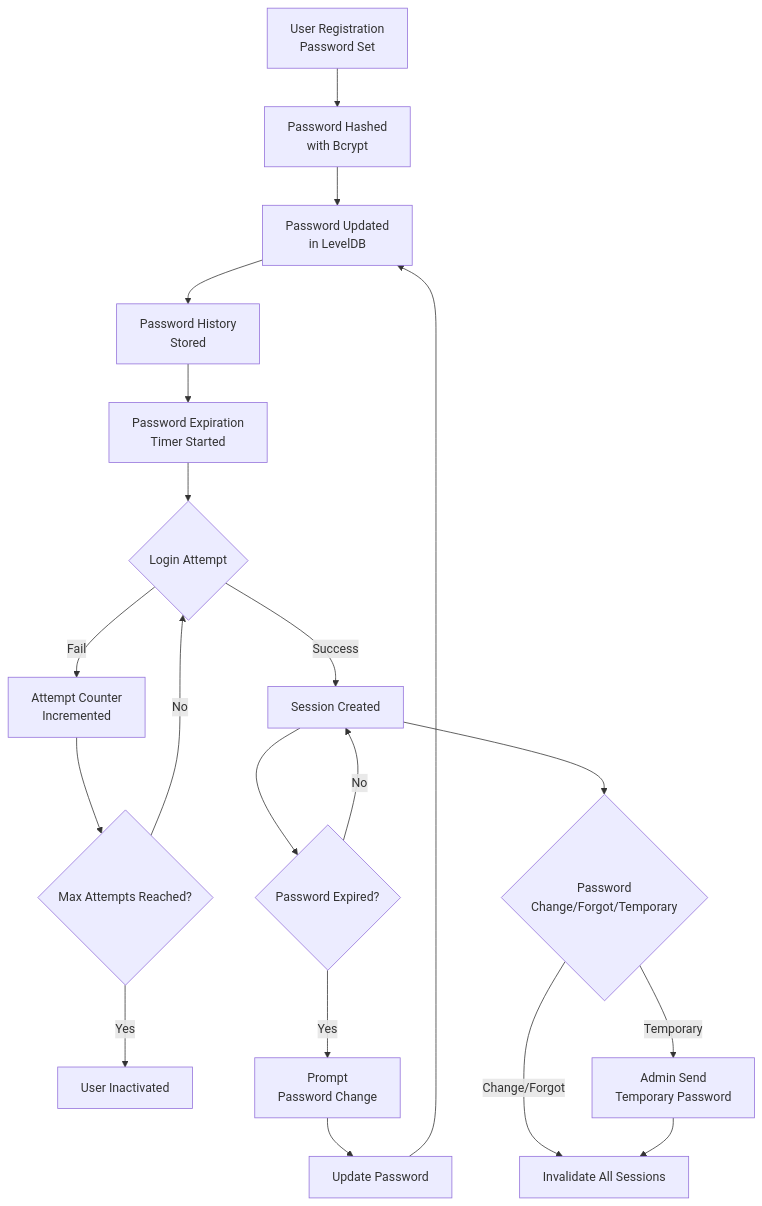
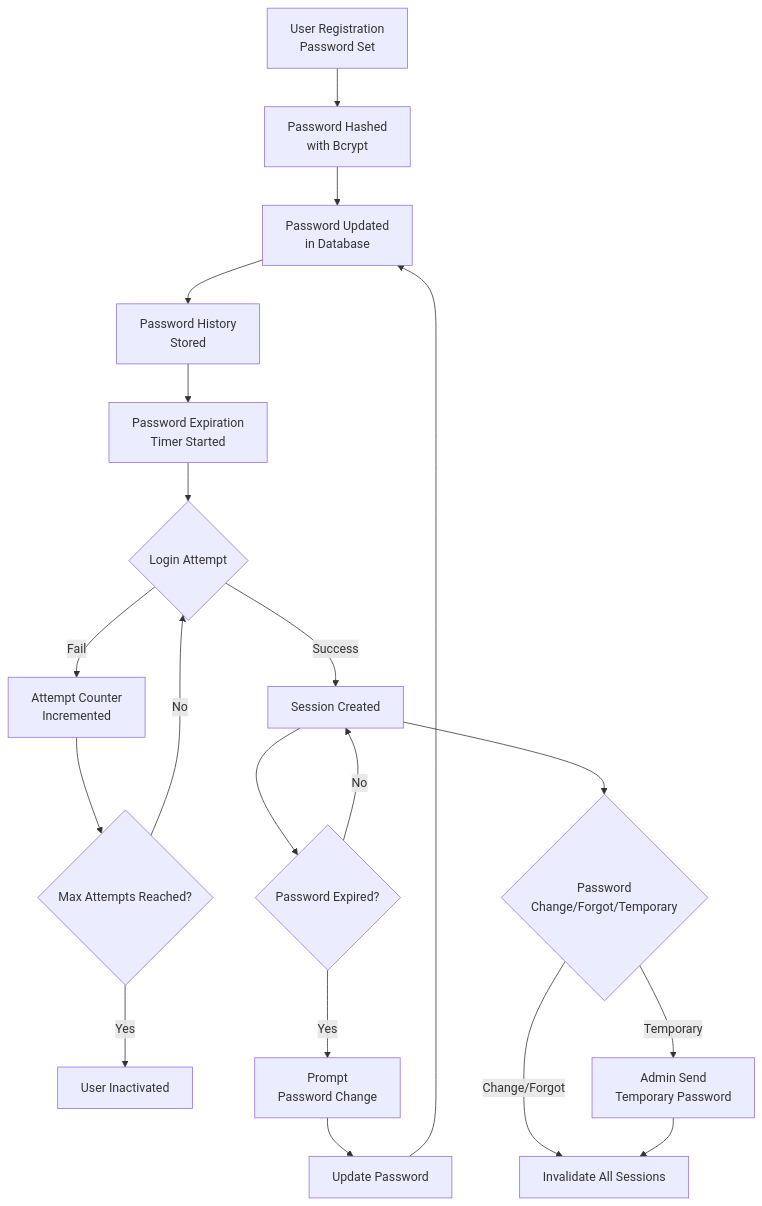
Before and after one commit to andrechristikan/ack-nestjs-boilerplate: the first of 7 diagrams in docs/authentication.md, drawn with Mermaid. The commit also changed other lines of this file, not shown here.

````diff
--- a/docs/authentication.md
+++ b/docs/authentication.md
@@ -124,22 +121,22 @@
 ```mermaid
 graph TD
     A[User Registration<br/>Password Set] --> B[Password Hashed<br/>with Bcrypt]
-    B --> C[Password Updated<br/>in LevelDB]
+    B --> C[Password Updated<br/>in Database]
     C --> D[Password History<br/>Stored]
     D --> E[Password Expiration<br/>Timer Started]
     E --> F{Login Attempt}
     F -->|Success| G[Session Created]
     F -->|Fail| H[Attempt Counter<br/>Incremented]
     H --> I{Max Attempts Reached?}
     I -->|No| F
     I -->|Yes| J[User Inactivated]
     G --> K{Password Expired?}
     K -->|No| G
     K -->|Yes| L[Prompt<br/>Password Change]
     L --> M[Update Password]
     M --> C
     G --> N{Password <br/>Change/Forgot/Temporary}
     N -->|Change/Forgot| O[Invalidate All Sessions]
     N -->|Temporary| P[Admin Send<br/>Temporary Password]
     P --> O
 ```
````
